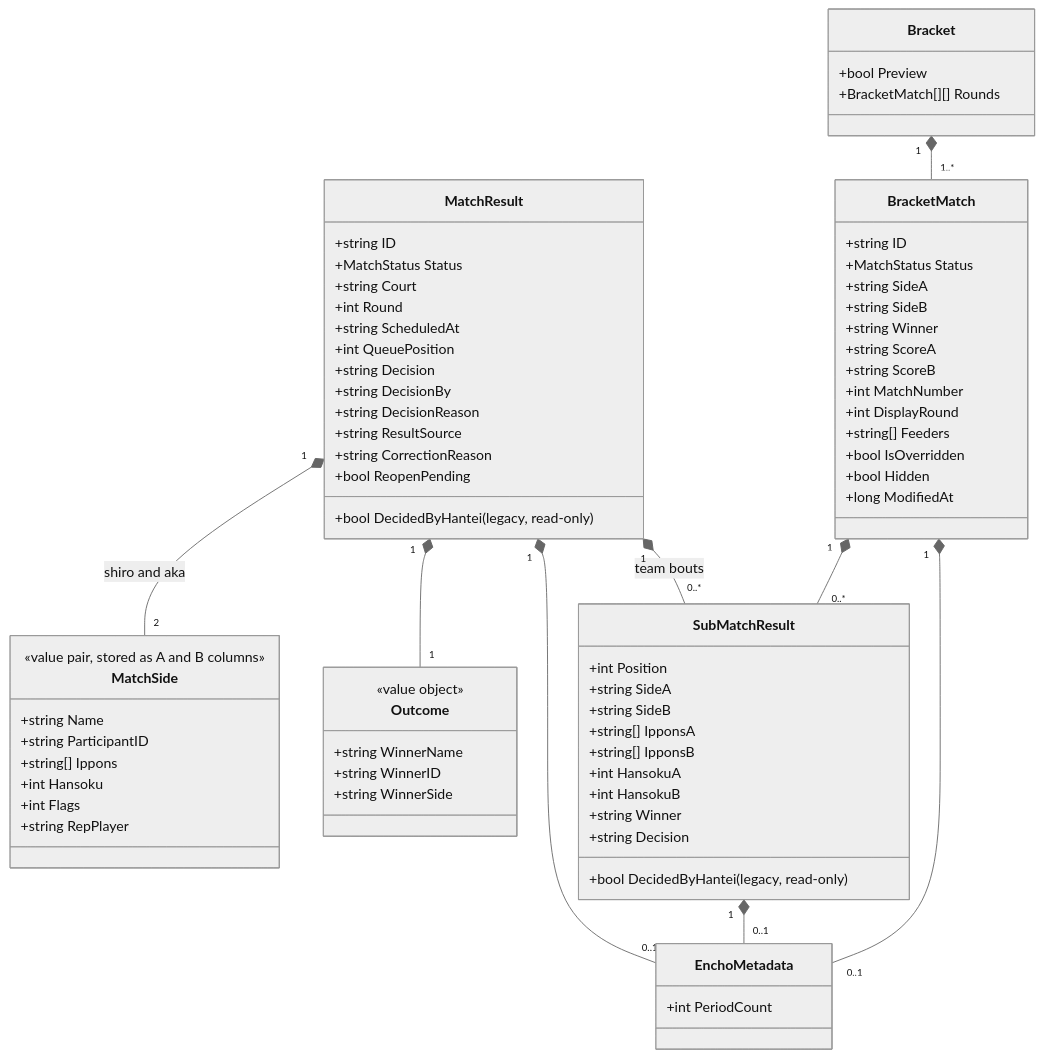
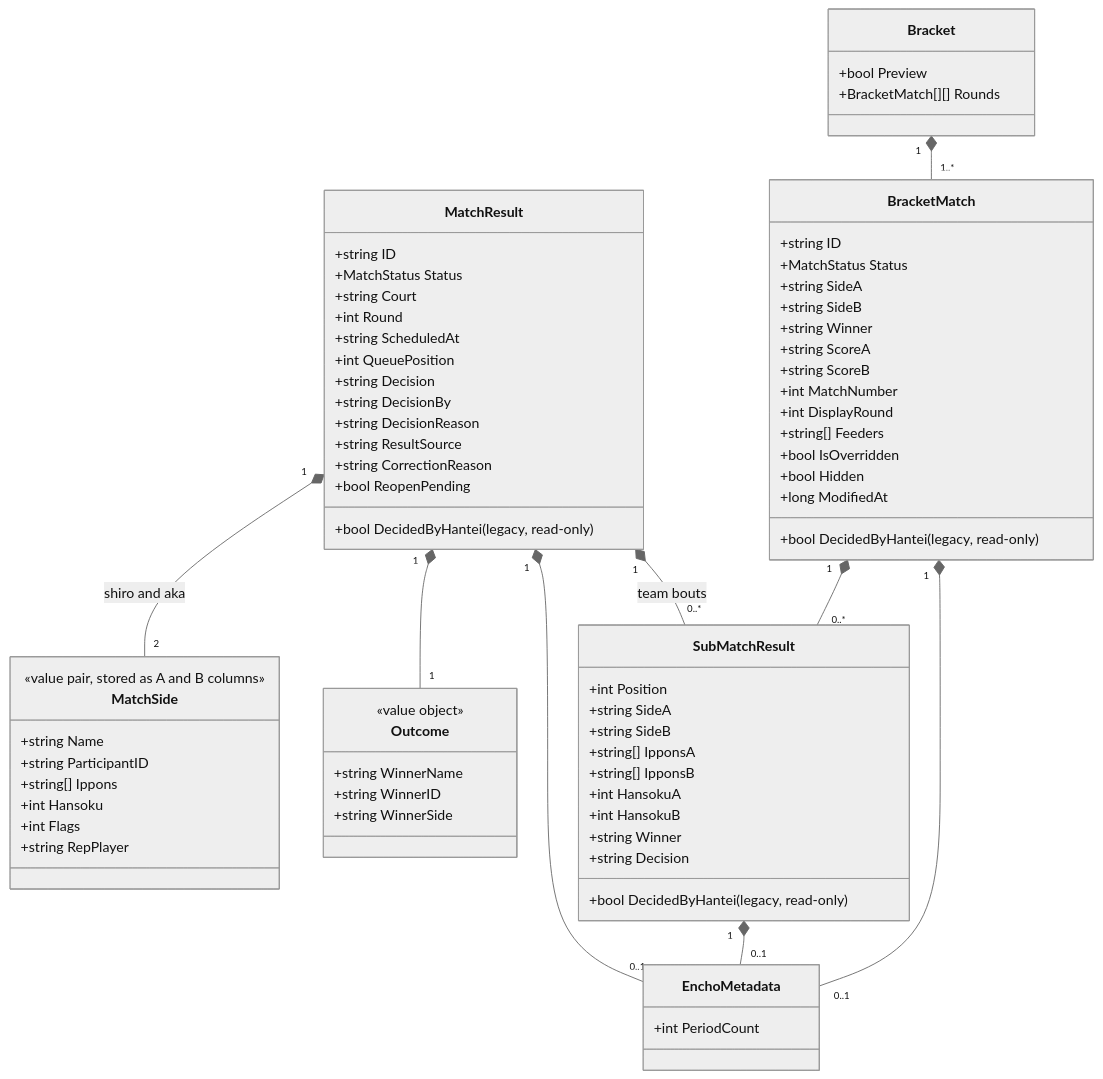
One commit to gitrgoliveira/bracket-creator changed the second of 4 diagrams in docs/architecture/data-model.md. Above: the diagram before and after it, drawn with Mermaid (neutral theme). The commit also changed other lines of this file, not shown here.

First line of the commit message:
docs: data-model diagram catches up with the schedule removal and the legacy channels (bc-dmsr)

```diff
--- a/docs/architecture/data-model.md
+++ b/docs/architecture/data-model.md
@@ -197,6 +187,7 @@
         +string[] Feeders
         +bool IsOverridden
         +bool Hidden
+        +bool DecidedByHantei (legacy, read-only)
         +long ModifiedAt
     }
 
```
